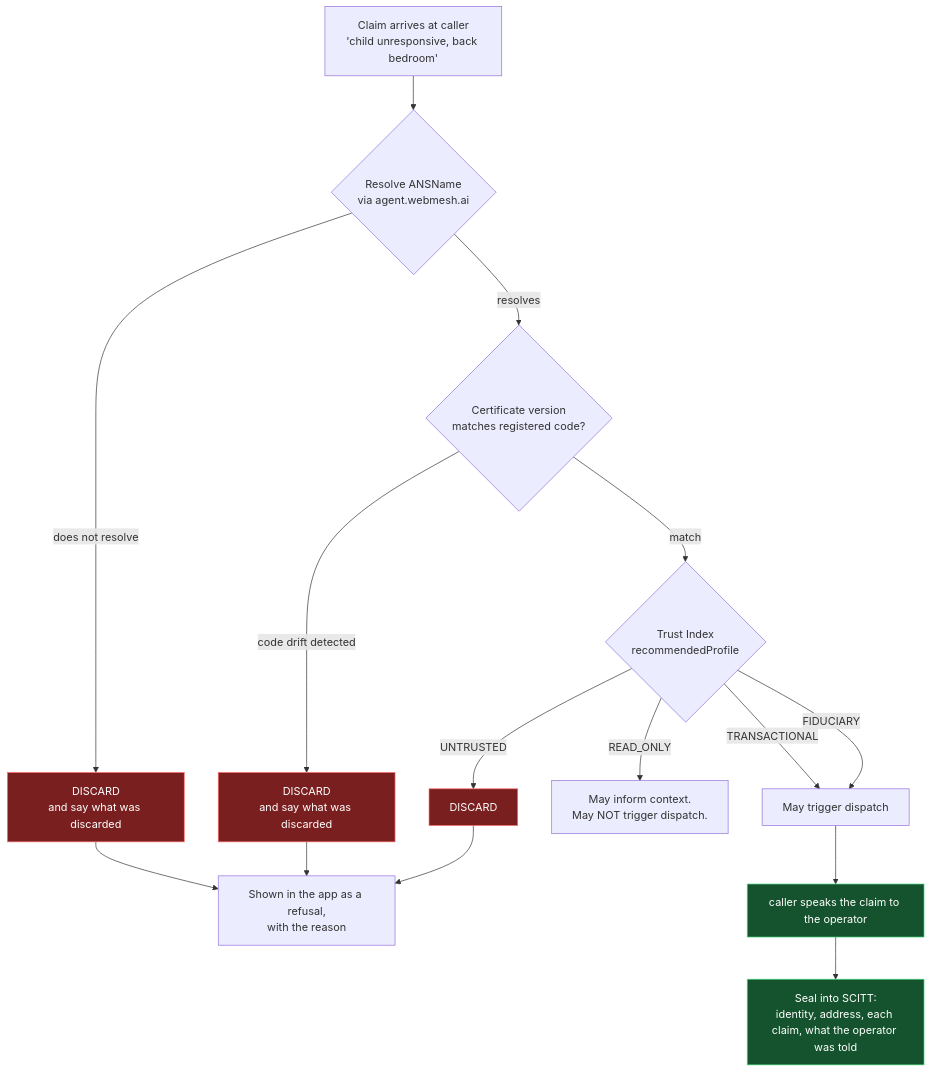
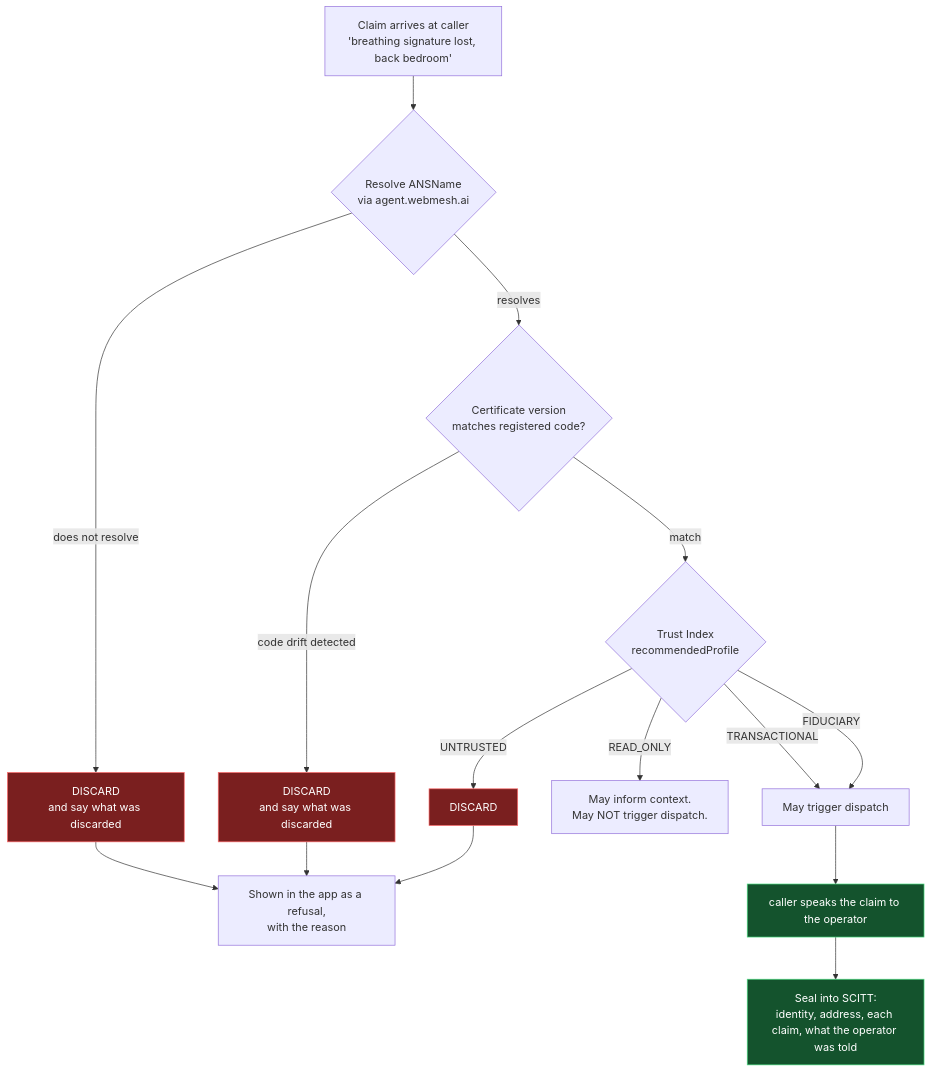
The third of 5 diagrams in docs/architecture-diagrams.md (cayden-h/Radar), drawn with Mermaid before and after one commit. The commit also changed other lines of this file and 18 other files, not shown here.

````diff
--- a/docs/architecture-diagrams.md
+++ b/docs/architecture-diagrams.md
@@ -99,22 +105,22 @@
 ```mermaid
 flowchart TD
-    A["Claim arrives at caller<br/>'child unresponsive, back bedroom'"] --> B{"Resolve ANSName<br/>via agent.webmesh.ai"}
+    A["Claim arrives at caller<br/>'breathing signature lost, back bedroom'"] --> B{"Resolve ANSName<br/>via agent.webmesh.ai"}
     B -->|"does not resolve"| X1["DISCARD<br/>and say what was discarded"]
     B -->|resolves| C{"Certificate version<br/>matches registered code?"}
     C -->|"code drift detected"| X2["DISCARD<br/>and say what was discarded"]
     C -->|match| D{"Trust Index<br/>recommendedProfile"}
     D -->|UNTRUSTED| X3["DISCARD"]
     D -->|READ_ONLY| Y1["May inform context.<br/>May NOT trigger dispatch."]
     D -->|TRANSACTIONAL| Y2["May trigger dispatch"]
     D -->|FIDUCIARY| Y2
     Y2 --> E["caller speaks the claim to the operator"]
     E --> F["Seal into SCITT:<br/>identity, address, each claim, what the operator was told"]
     X1 --> G["Shown in the app as a refusal,<br/>with the reason"]
     X2 --> G
     X3 --> G
 
     classDef bad fill:#7a1f1f,stroke:#ff6b6b,color:#fff
     classDef ok fill:#14532d,stroke:#4ade80,color:#fff
     class X1,X2,X3 bad
     class E,F ok
 ```
````
